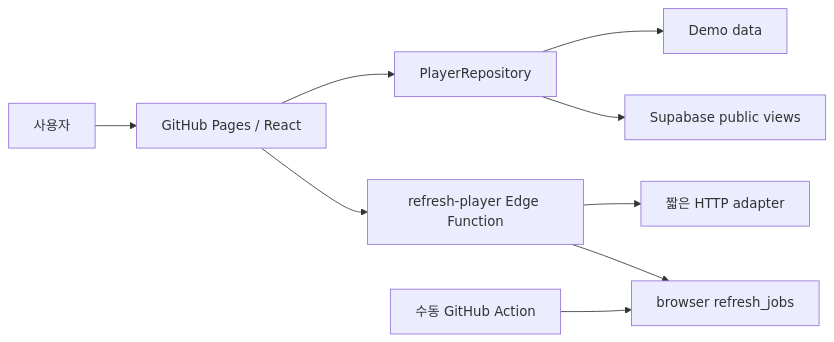
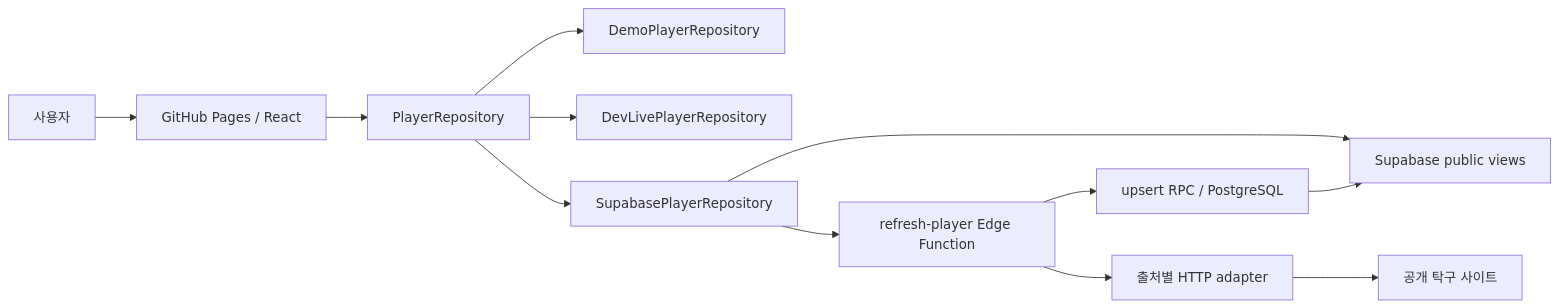
One commit to iamdenny/pingpong-busu changed the diagram in docs/architecture.md. Above: the diagram before and after it, drawn with Mermaid. The commit also changed other lines of this file and 21 other files, not shown here.

````diff
--- a/docs/architecture.md
+++ b/docs/architecture.md
@@ -5,11 +15,14 @@
 ```mermaid
 flowchart LR
-  U["사용자"] --> P["GitHub Pages / React"]
-  P --> R["PlayerRepository"]
-  R --> D["Demo data"]
-  R --> S["Supabase public views"]
-  P --> E["refresh-player Edge Function"]
-  E --> H["짧은 HTTP adapter"]
-  E --> J["browser refresh_jobs"]
-  A["수동 GitHub Action"] --> J
+  U["사용자"] --> W["GitHub Pages / React"]
+  W --> R["PlayerRepository"]
+  R --> D["DemoPlayerRepository"]
+  R --> L["DevLivePlayerRepository"]
+  R --> S["SupabasePlayerRepository"]
+  S --> V["Supabase public views"]
+  S --> E["refresh-player Edge Function"]
+  E --> A["출처별 HTTP adapter"]
+  A --> X["공개 탁구 사이트"]
+  E --> P["upsert RPC / PostgreSQL"]
+  P --> V
 ```
````
